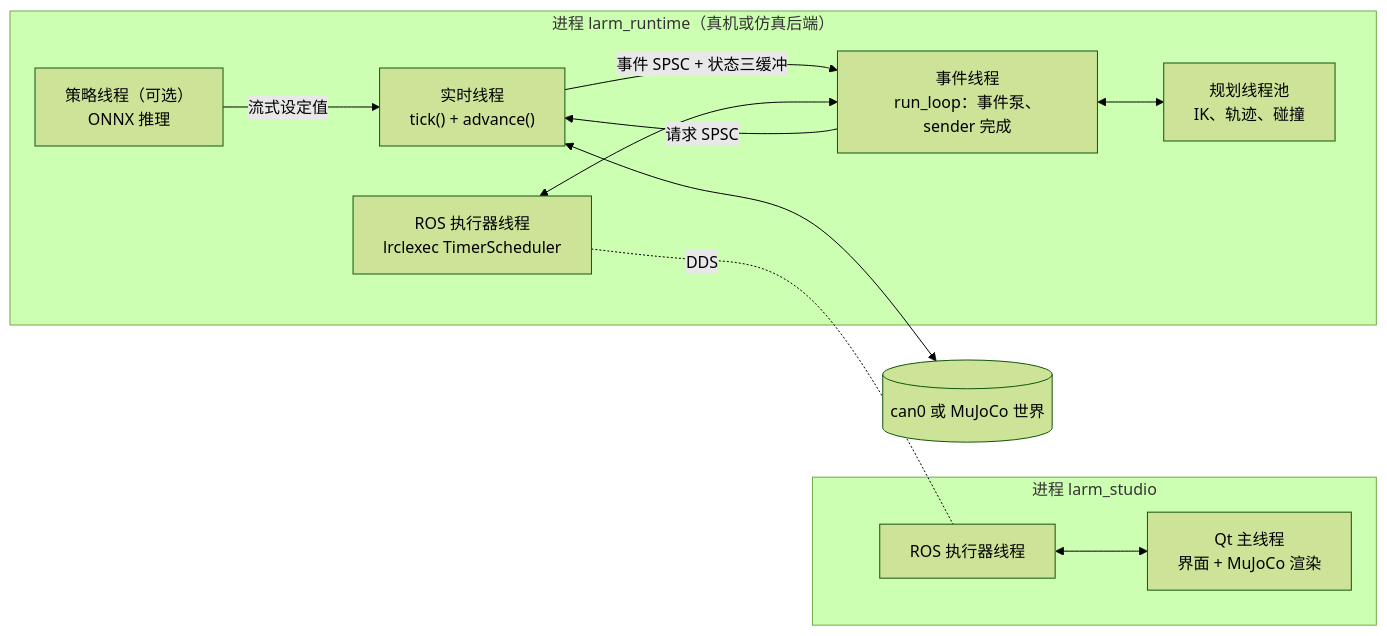
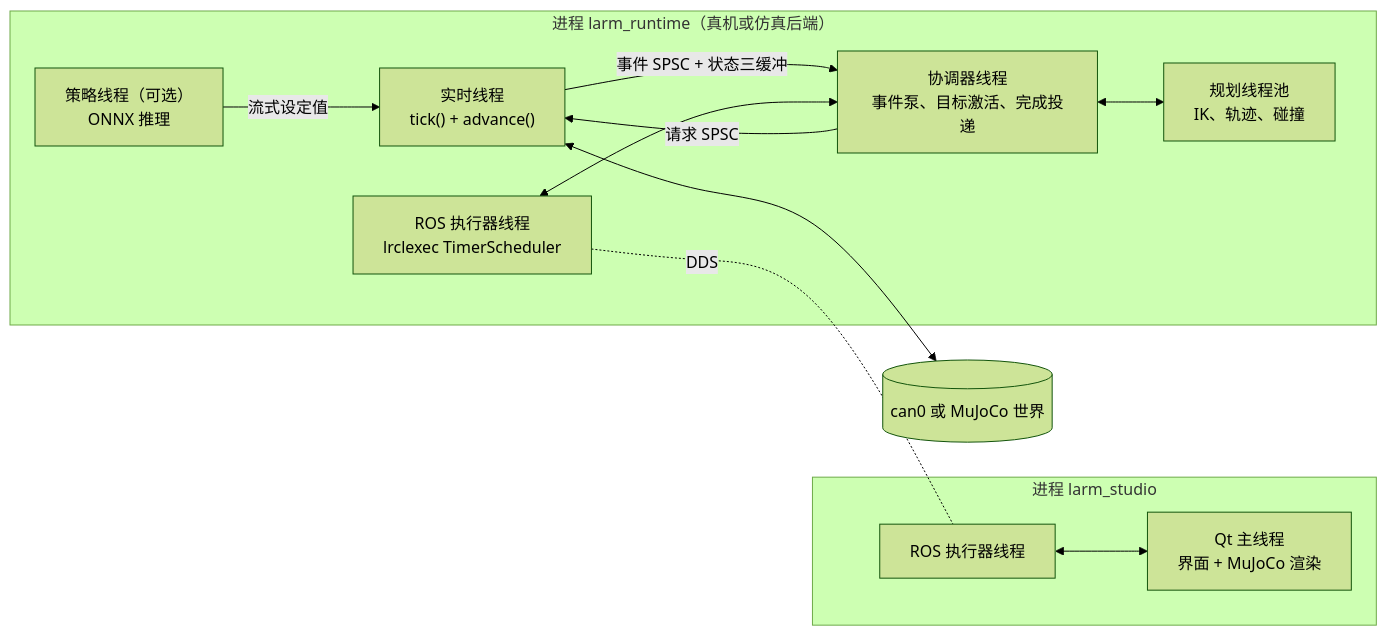
Before and after one commit to lvyues1994/lrebot_arm: the second of 3 diagrams in docs/architecture.md, drawn with Mermaid (forest theme). The commit also changed other lines of this file and 44 other files, not shown here.

````diff
--- a/docs/architecture.md
+++ b/docs/architecture.md
@@ -132,23 +132,23 @@
 ```mermaid
 flowchart LR
   subgraph P1["进程 larm_runtime（真机或仿真后端）"]
     RT["实时线程<br/>tick() + advance()"]
-    EV["事件线程<br/>run_loop：事件泵、sender 完成"]
+    EV["协调器线程<br/>事件泵、目标激活、完成投递"]
     POOL["规划线程池<br/>IK、轨迹、碰撞"]
     ROSX["ROS 执行器线程<br/>lrclexec TimerScheduler"]
     POL["策略线程（可选）<br/>ONNX 推理"]
   end
   subgraph P2["进程 larm_studio"]
     GUI["Qt 主线程<br/>界面 + MuJoCo 渲染"]
     ROSC["ROS 执行器线程"]
   end
   CAN[("can0 或 MuJoCo 世界")]
   RT <--> CAN
   RT -- "事件 SPSC + 状态三缓冲" --> EV
   EV -- "请求 SPSC" --> RT
   EV <--> POOL
   ROSX <--> EV
   POL -- "流式设定值" --> RT
   ROSX -. DDS .- ROSC
   ROSC <--> GUI
 ```
````
